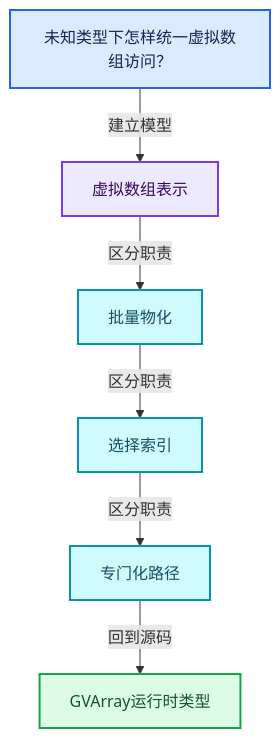
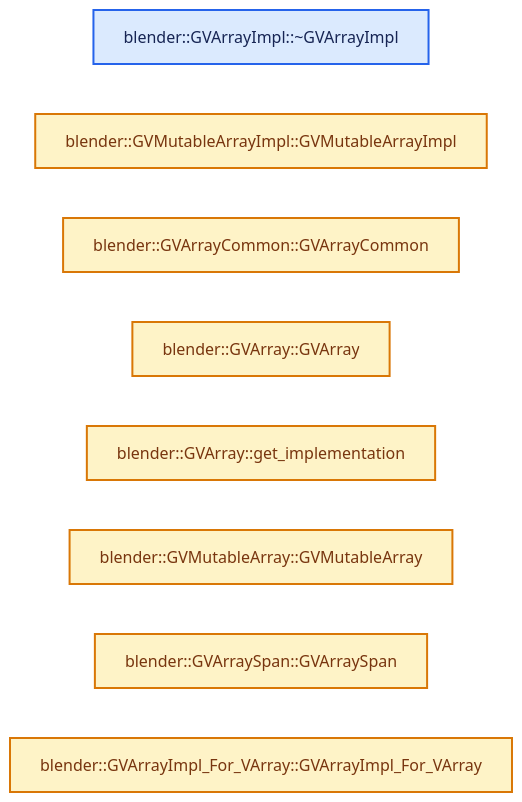
Before and after one commit to yunkezengren/blender-.vscode: the second of 4 diagrams in 杂/markdown/全面学习-codex/04-虚拟数组与索引选择/05-GVArray运行时类型.md, drawn with Mermaid. The commit also changed other lines of this file and 1930 other files, not shown here.

````diff
--- a/杂/markdown/全面学习-codex/04-虚拟数组与索引选择/05-GVArray运行时类型.md
+++ b/杂/markdown/全面学习-codex/04-虚拟数组与索引选择/05-GVArray运行时类型.md
@@ -61,20 +46,17 @@
 ```mermaid
-flowchart TB
-  Q["未知类型下怎样统一虚拟数组访问？"]:::input
-  C0["虚拟数组表示"]:::abstraction
-  C1["批量物化"]:::data
-  C2["选择索引"]:::data
-  C3["专门化路径"]:::data
-  R["GVArray运行时类型"]:::result
-  Q -->|"建立模型"| C0
-  C0 -->|"区分职责"| C1
-  C1 -->|"区分职责"| C2
-  C2 -->|"区分职责"| C3
-  C3 -->|"回到源码"| R
+flowchart LR
+  F0["blender::GVArrayImpl::~GVArrayImpl"]:::input
+  F1["blender::GVMutableArrayImpl::GVMutableArrayImpl"]:::compute
+  F2["blender::GVArrayCommon::GVArrayCommon"]:::compute
+  F3["blender::GVArray::GVArray"]:::compute
+  F4["blender::GVArray::get_implementation"]:::compute
+  F5["blender::GVMutableArray::GVMutableArray"]:::compute
+  F6["blender::GVArraySpan::GVArraySpan"]:::compute
+  F7["blender::GVArrayImpl_For_VArray::GVArrayImpl_For_VArray"]:::compute
   classDef input fill:#DBEAFE,stroke:#2563EB,color:#172554,stroke-width:2px;
   classDef data fill:#CFFAFE,stroke:#0891B2,color:#164E63,stroke-width:2px;
   classDef abstraction fill:#EDE9FE,stroke:#7C3AED,color:#3B0764,stroke-width:2px;
   classDef compute fill:#FEF3C7,stroke:#D97706,color:#78350F,stroke-width:2px;
   classDef result fill:#DCFCE7,stroke:#16A34A,color:#14532D,stroke-width:2px;
   classDef error fill:#FEE2E2,stroke:#DC2626,color:#7F1D1D,stroke-width:2px;
 ```
````
